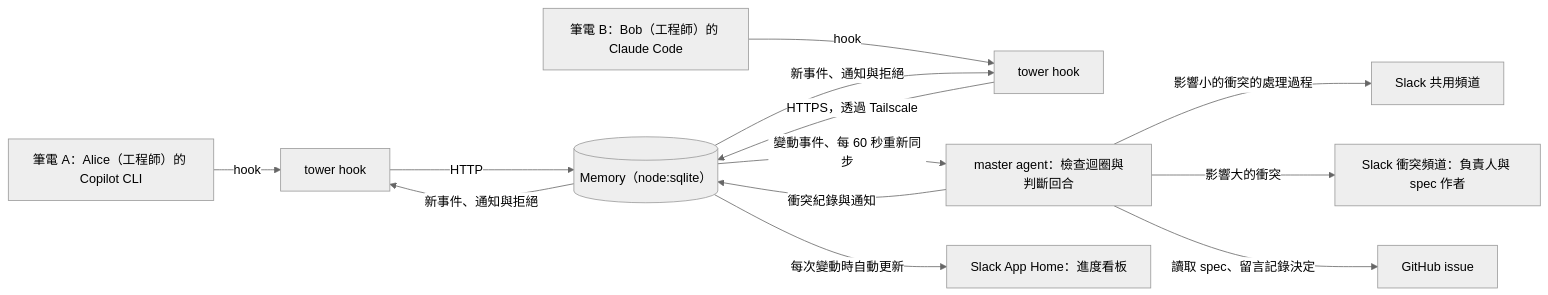
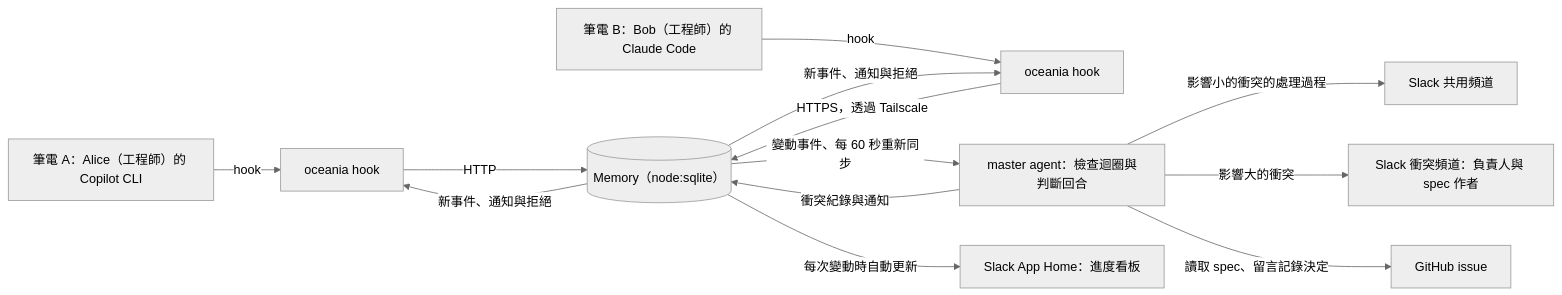
The diagram in docs/superpowers/specs/2026-11-10-multiplayer-agents-design.md (Tverous/oceania), drawn with Mermaid (neutral theme) before and after one commit. The commit also changed other lines of this file and 33 other files, not shown here.

First line of the commit message:
refactor: rename Tower to Oceania

````diff
--- a/docs/superpowers/specs/2026-11-10-multiplayer-agents-design.md
+++ b/docs/superpowers/specs/2026-11-10-multiplayer-agents-design.md
@@ -180,15 +180,15 @@
 ```mermaid
 flowchart LR
-  A["筆電 A：Alice（工程師）的 Copilot CLI"] -->|hook| HA["tower hook"]
-  B["筆電 B：Bob（工程師）的 Claude Code"] -->|hook| HB["tower hook"]
+  A["筆電 A：Alice（工程師）的 Copilot CLI"] -->|hook| HA["oceania hook"]
+  B["筆電 B：Bob（工程師）的 Claude Code"] -->|hook| HB["oceania hook"]
   HA -->|"HTTP"| M[("Memory（node:sqlite）")]
   HB -->|"HTTPS，透過 Tailscale"| M
   M -->|"新事件、通知與拒絕"| HA
   M -->|"新事件、通知與拒絕"| HB
   M -->|"變動事件、每 60 秒重新同步"| L["master agent：檢查迴圈與判斷回合"]
   L -->|"衝突紀錄與通知"| M
   L -->|"影響小的衝突的處理過程"| T["Slack 共用頻道"]
   L -->|"影響大的衝突"| S["Slack 衝突頻道：負責人與 spec 作者"]
   M -->|"每次變動時自動更新"| U["Slack App Home：進度看板"]
   L -->|"讀取 spec、留言記錄決定"| G["GitHub issue"]
 ```
````
